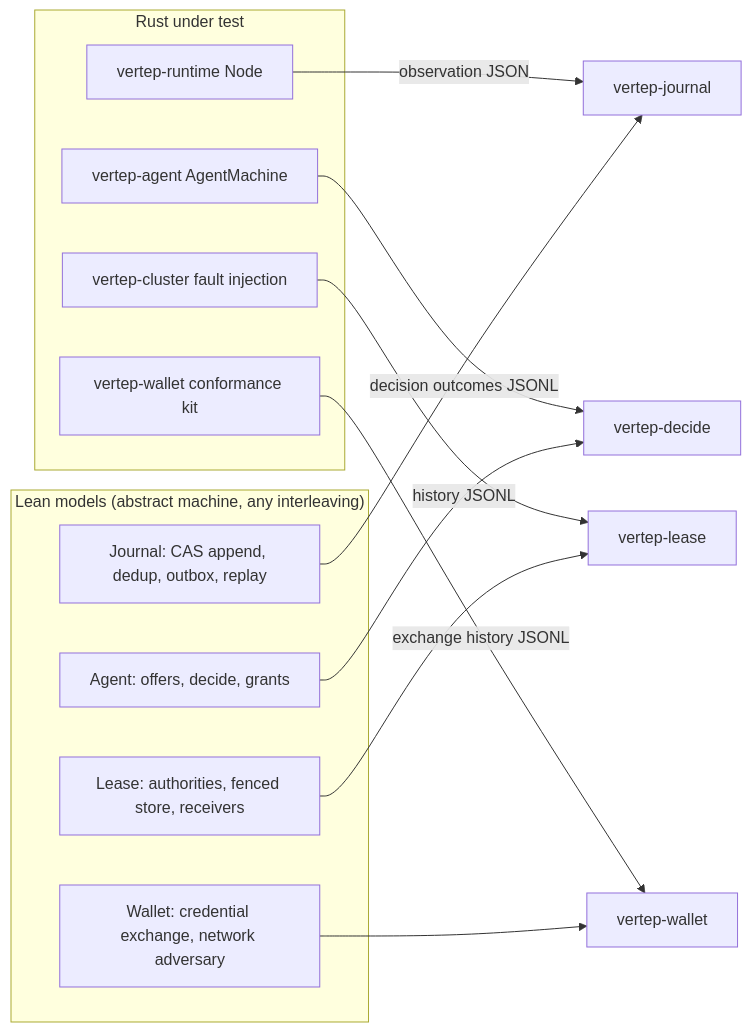
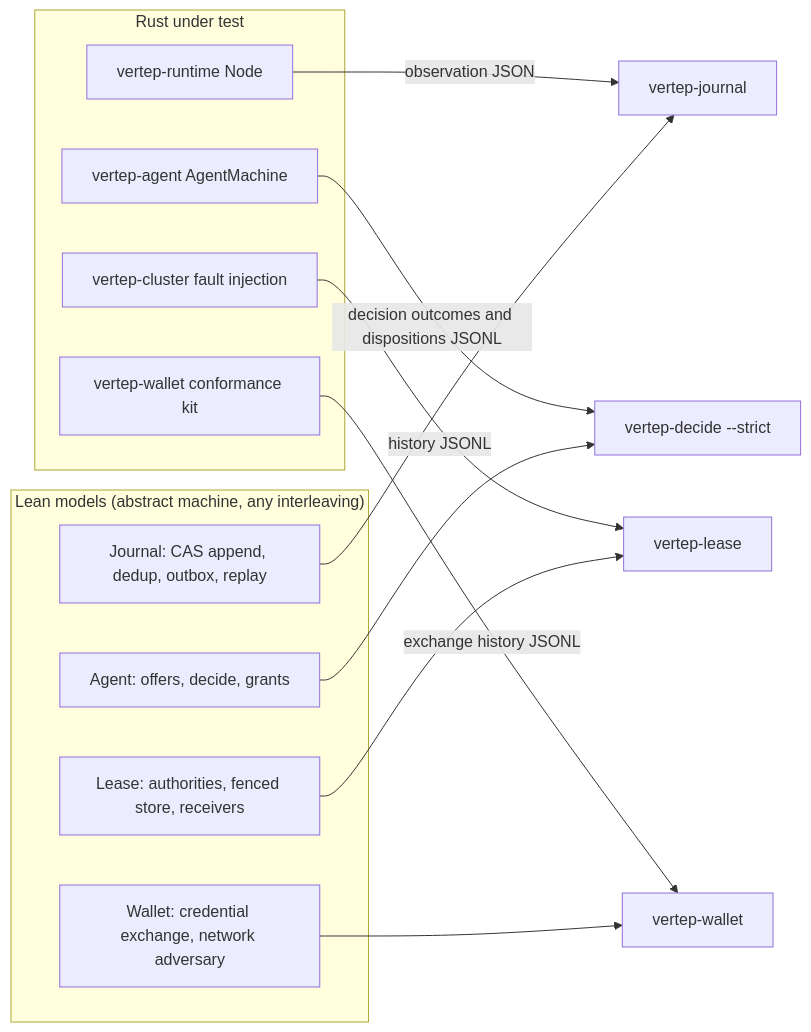
One commit to Volland/vertep changed the fifth of 11 diagrams in tg.md/views/verification.md. Above: the diagram before and after it, drawn with Mermaid. The commit also changed other lines of this file and 9 other files, not shown here.

````diff
--- a/tg.md/views/verification.md
+++ b/tg.md/views/verification.md
@@ -202,23 +206,23 @@
 ```mermaid
 flowchart LR
     subgraph models["Lean models (abstract machine, any interleaving)"]
         J["Journal: CAS append, dedup, outbox, replay"]
         A["Agent: offers, decide, grants"]
         L["Lease: authorities, fenced store, receivers"]
         W["Wallet: credential exchange, network adversary"]
     end
     subgraph rust["Rust under test"]
         RT["vertep-runtime Node"]
         AG["vertep-agent AgentMachine"]
         CL["vertep-cluster fault injection"]
         WK["vertep-wallet conformance kit"]
     end
     RT -- "observation JSON" --> OJ["vertep-journal"]
-    AG -- "decision outcomes JSONL" --> OD["vertep-decide"]
+    AG -- "decision outcomes and dispositions JSONL" --> OD["vertep-decide --strict"]
     CL -- "history JSONL" --> OL["vertep-lease"]
     J --> OJ
     A --> OD
     L --> OL
     WK -- "exchange history JSONL" --> OW["vertep-wallet"]
     W --> OW
 ```
````
